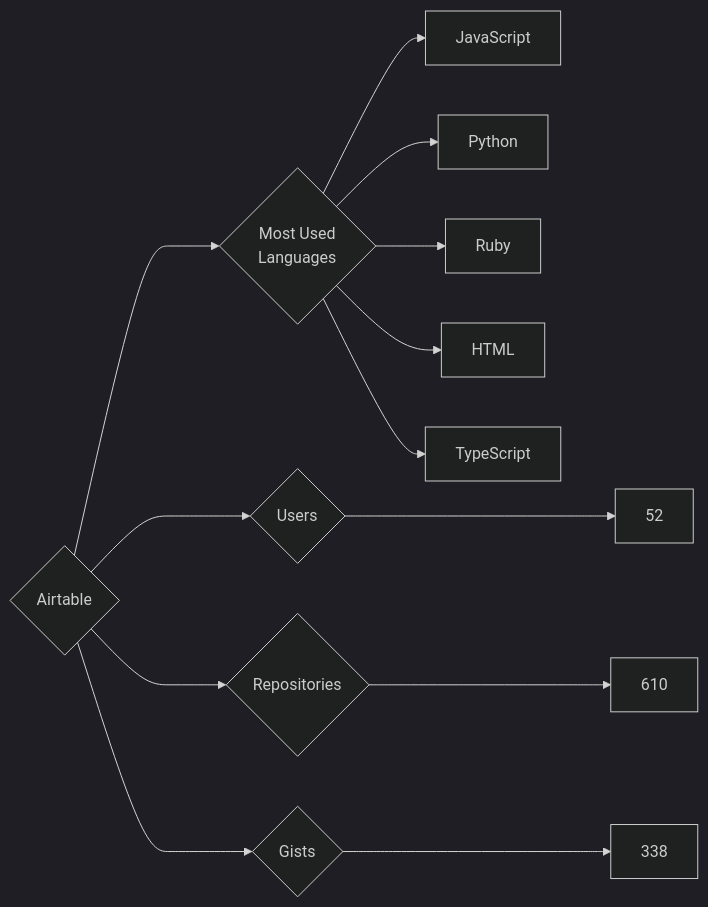
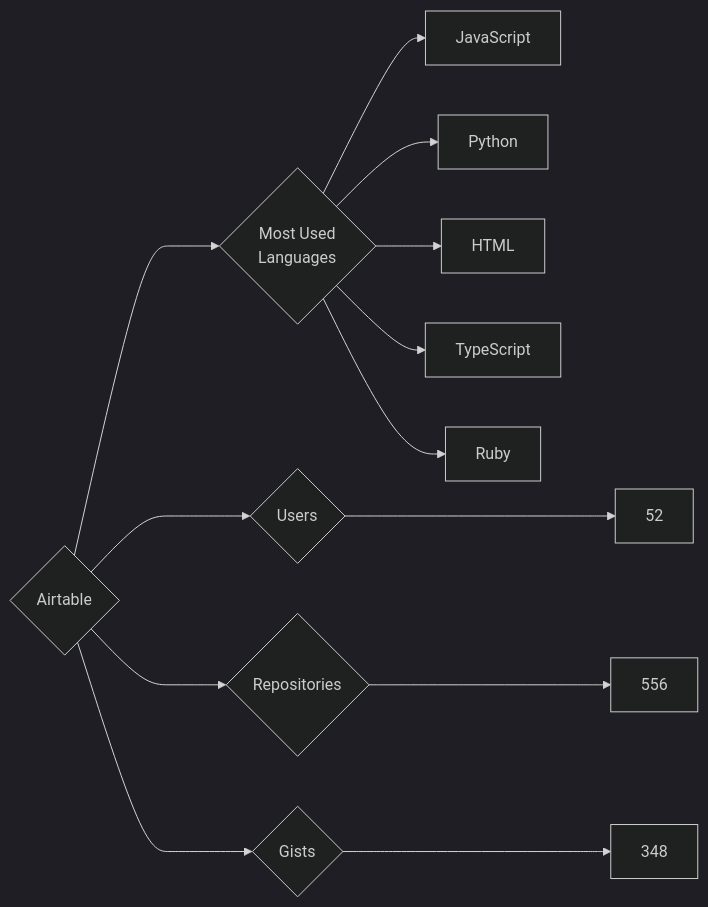
The diagram in targets/Airtable/README.md (trickest/insiders), drawn with Mermaid (dark theme) before and after one commit. The commit also changed 861 other files, not shown here.

````diff
--- a/targets/Airtable/README.md
+++ b/targets/Airtable/README.md
@@ -3,13 +3,13 @@
 ```mermaid
 graph LR
 COMPANY_NAME{Airtable}
 COMPANY_NAME ---> U{Users} ---> UN[52]
-COMPANY_NAME ---> R{Repositories} ---> RN[610]
-COMPANY_NAME ---> G{Gists} ---> GN[338]
+COMPANY_NAME ---> R{Repositories} ---> RN[556]
+COMPANY_NAME ---> G{Gists} ---> GN[348]
 COMPANY_NAME ---> ML{Most Used<br>Languages}
 ML --> JavaScript[JavaScript]
 ML --> Python[Python]
-ML --> Ruby[Ruby]
 ML --> HTML[HTML]
 ML --> TypeScript[TypeScript]
+ML --> Ruby[Ruby]
 ```
````
